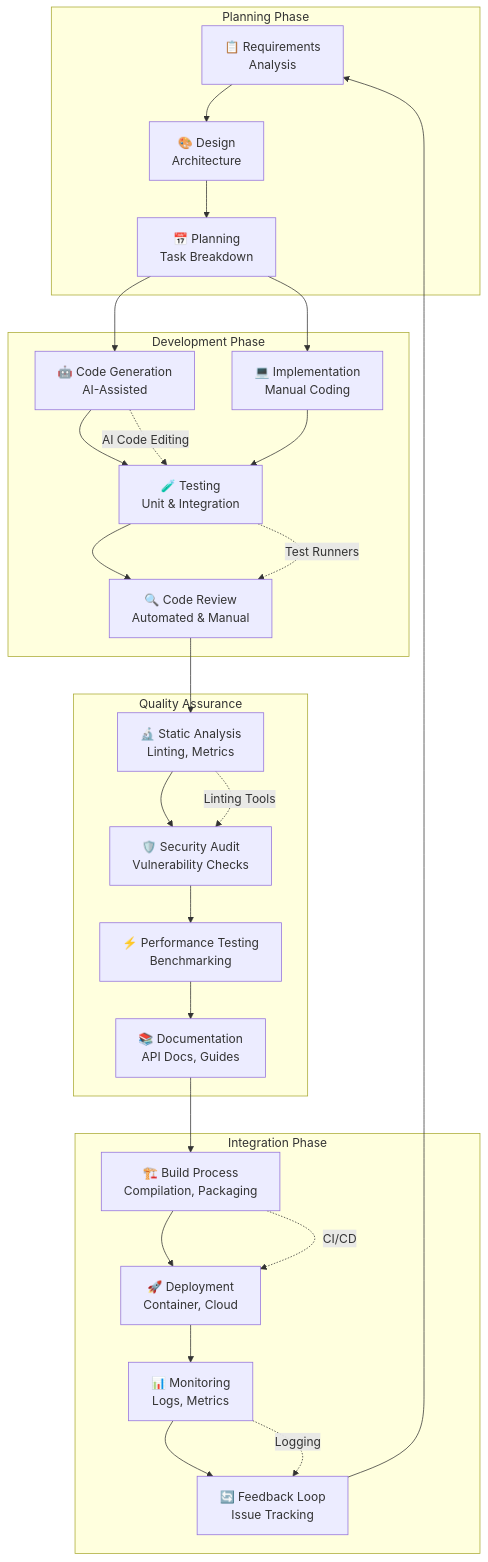
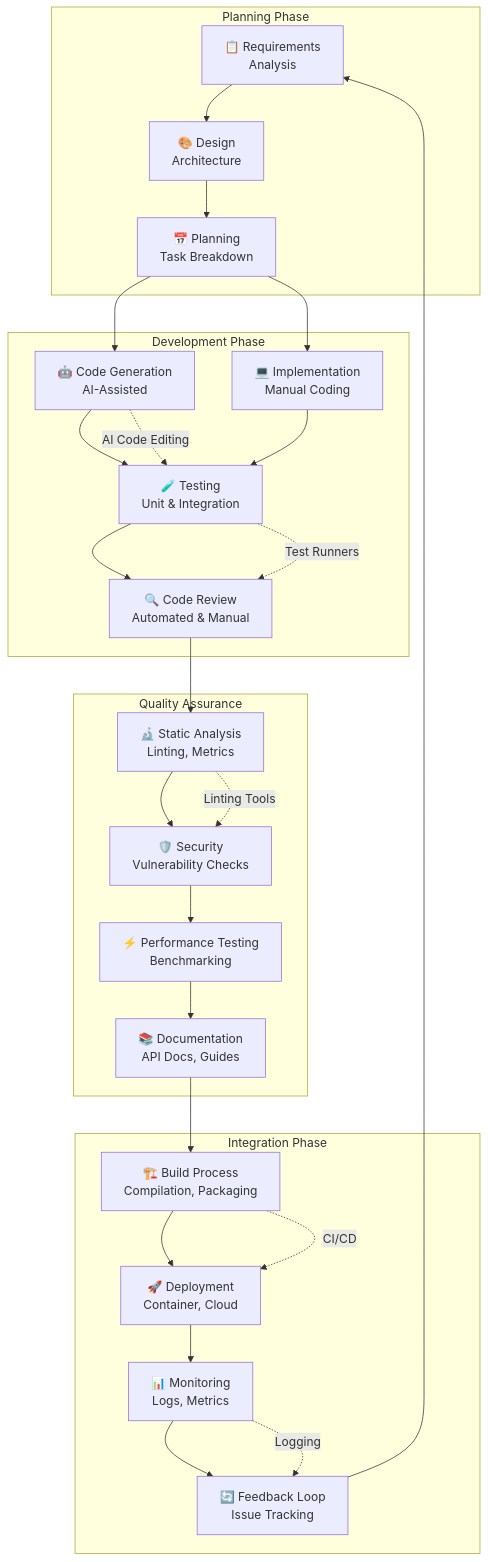
One commit to docxology/codomyrmex changed the tenth of 12 diagrams in README.md. Above: the diagram before and after it, drawn with Mermaid. The commit also changed other lines of this file and 496 other files, not shown here.

````diff
--- a/README.md
+++ b/README.md
@@ -1000,57 +988,57 @@
 ```mermaid
 flowchart TD
     subgraph "Planning Phase"
         Requirements[📋 Requirements<br/>Analysis]
         Design[🎨 Design<br/>Architecture]
         Planning[📅 Planning<br/>Task Breakdown]
     end
 
     subgraph "Development Phase"
         CodeGeneration[🤖 Code Generation<br/>AI-Assisted]
         Implementation[💻 Implementation<br/>Manual Coding]
         Testing[🧪 Testing<br/>Unit & Integration]
         CodeReview[🔍 Code Review<br/>Automated & Manual]
     end
 
     subgraph "Quality Assurance"
         StaticAnalysis[🔬 Static Analysis<br/>Linting, Metrics]
-        SecurityAudit[🛡️ Security Audit<br/>Vulnerability Checks]
+        Security[🛡️ Security<br/>Vulnerability Checks]
         PerformanceTesting[⚡ Performance Testing<br/>Benchmarking]
         Documentation[📚 Documentation<br/>API Docs, Guides]
     end
 
     subgraph "Integration Phase"
         BuildProcess[🏗️ Build Process<br/>Compilation, Packaging]
         Deployment[🚀 Deployment<br/>Container, Cloud]
         Monitoring[📊 Monitoring<br/>Logs, Metrics]
         FeedbackLoop[🔄 Feedback Loop<br/>Issue Tracking]
     end
 
     Requirements --> Design
     Design --> Planning
     Planning --> CodeGeneration
     Planning --> Implementation
 
     CodeGeneration --> Testing
     Implementation --> Testing
     Testing --> CodeReview
     CodeReview --> StaticAnalysis
 
-    StaticAnalysis --> SecurityAudit
-    SecurityAudit --> PerformanceTesting
+    StaticAnalysis --> Security
+    Security --> PerformanceTesting
     PerformanceTesting --> Documentation
 
     Documentation --> BuildProcess
     BuildProcess --> Deployment
     Deployment --> Monitoring
     Monitoring --> FeedbackLoop
 
     FeedbackLoop --> Requirements
 
     %% Tool integration
     CodeGeneration -.->|"AI Code Editing"| Testing
     Testing -.->|"Test Runners"| CodeReview
-    StaticAnalysis -.->|"Linting Tools"| SecurityAudit
+    StaticAnalysis -.->|"Linting Tools"| Security
     BuildProcess -.->|"CI/CD"| Deployment
     Monitoring -.->|"Logging"| FeedbackLoop
 ```
````
